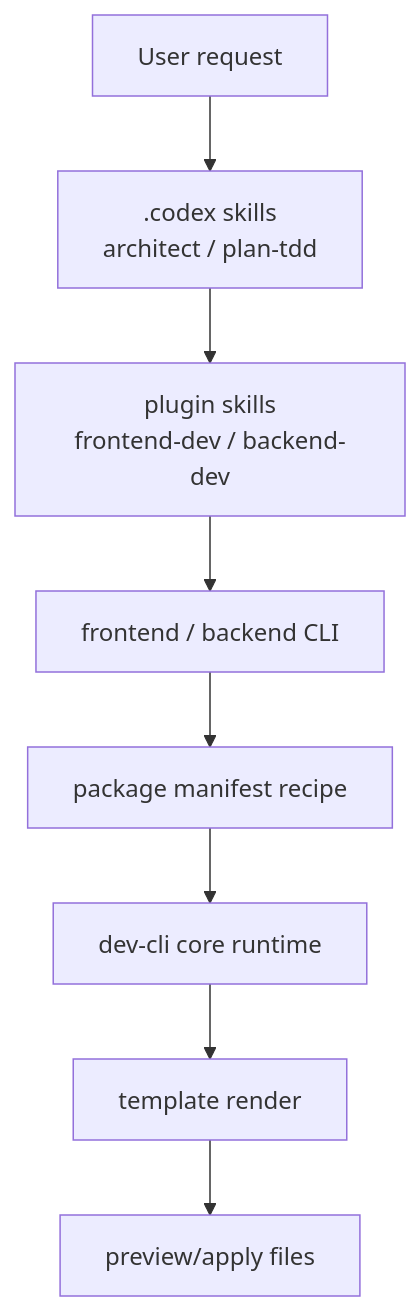
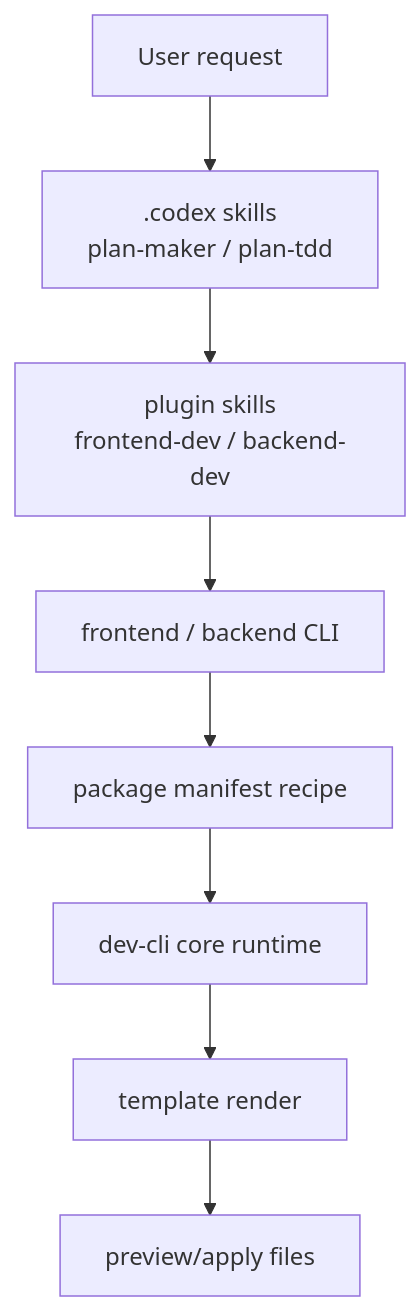
Before and after one commit to SeoJaeWan/try-claude-code: the ninth of 14 diagrams in docs/claude-code-workflow-evolution.md, drawn with Mermaid. The commit also changed other lines of this file and 25 other files, not shown here.

Commit message:
refactor(planning): rename architect skill to plan-maker

````diff
--- a/docs/claude-code-workflow-evolution.md
+++ b/docs/claude-code-workflow-evolution.md
@@ -452,13 +452,13 @@
 ```mermaid
 flowchart TD
     U["User request"]
-    PLAN[".codex skills<br/>architect / plan-tdd"]
+    PLAN[".codex skills<br/>plan-maker / plan-tdd"]
     PSK["plugin skills<br/>frontend-dev / backend-dev"]
     CLI["frontend / backend CLI"]
     MANIFEST["package manifest recipe"]
     CORE["dev-cli core runtime"]
     TEMPLATE["template render"]
     OUT["preview/apply files"]
 
     U --> PLAN --> PSK --> CLI --> MANIFEST --> CORE --> TEMPLATE --> OUT
 ```
````
